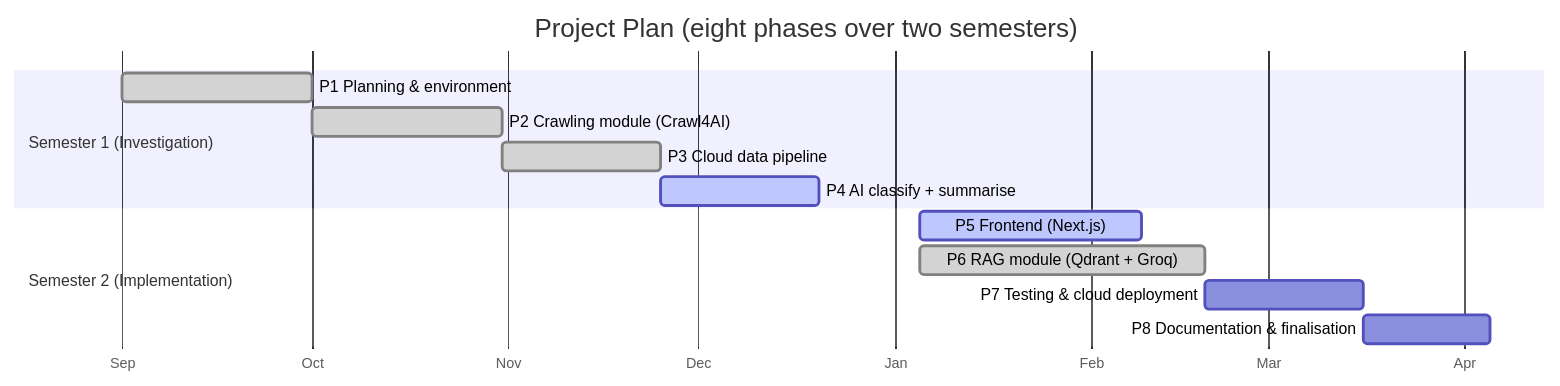
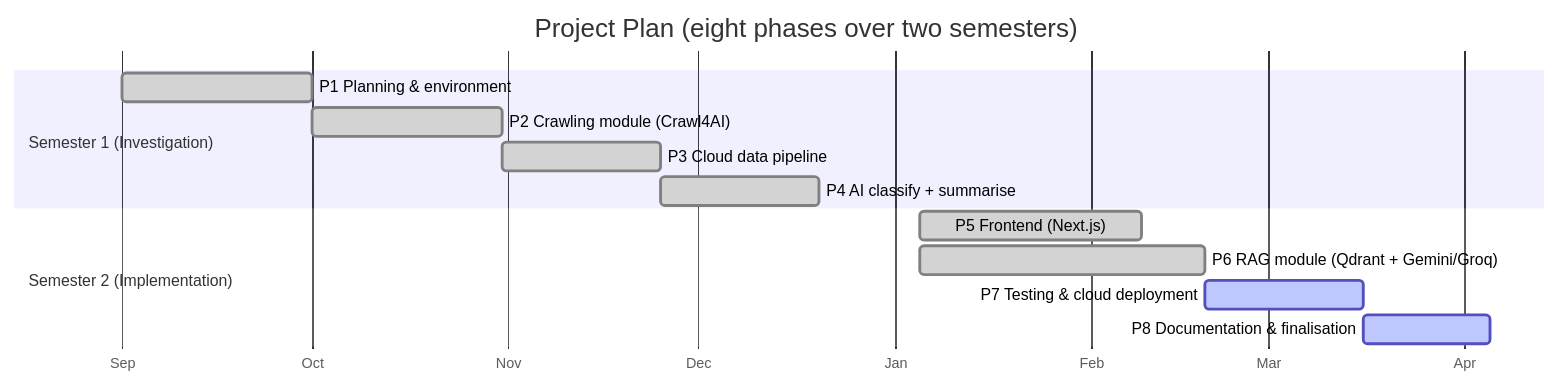
The first of 15 diagrams in docs/THESIS_TOC.md (ashokabbhattaraii/public-notice-management-system-for-nepal), drawn with Mermaid before and after one commit. The commit also changed other lines of this file and 89 other files, not shown here.

````diff
--- a/docs/THESIS_TOC.md
+++ b/docs/THESIS_TOC.md
@@ -233,16 +251,16 @@
 ```mermaid
 gantt
     title Project Plan (eight phases over two semesters)
     dateFormat  YYYY-MM-DD
     axisFormat  %b
     section Semester 1 (Investigation)
     P1 Planning & environment        :done, p1, 2025-09-01, 30d
     P2 Crawling module (Crawl4AI)    :done, p2, after p1, 30d
     P3 Cloud data pipeline           :done, p3, after p2, 25d
-    P4 AI classify + summarise       :active, p4, after p3, 25d
+    P4 AI classify + summarise       :done, p4, after p3, 25d
     section Semester 2 (Implementation)
-    P5 Frontend (Next.js)            :active, p5, 2026-01-05, 35d
-    P6 RAG module (Qdrant + Groq)    :done, p6, 2026-01-05, 45d
-    P7 Testing & cloud deployment    :p7, after p6, 25d
-    P8 Documentation & finalisation  :p8, after p7, 20d
+    P5 Frontend (Next.js)            :done, p5, 2026-01-05, 35d
+    P6 RAG module (Qdrant + Gemini/Groq) :done, p6, 2026-01-05, 45d
+    P7 Testing & cloud deployment    :active, p7, after p6, 25d
+    P8 Documentation & finalisation  :active, p8, after p7, 20d
 ```
````
